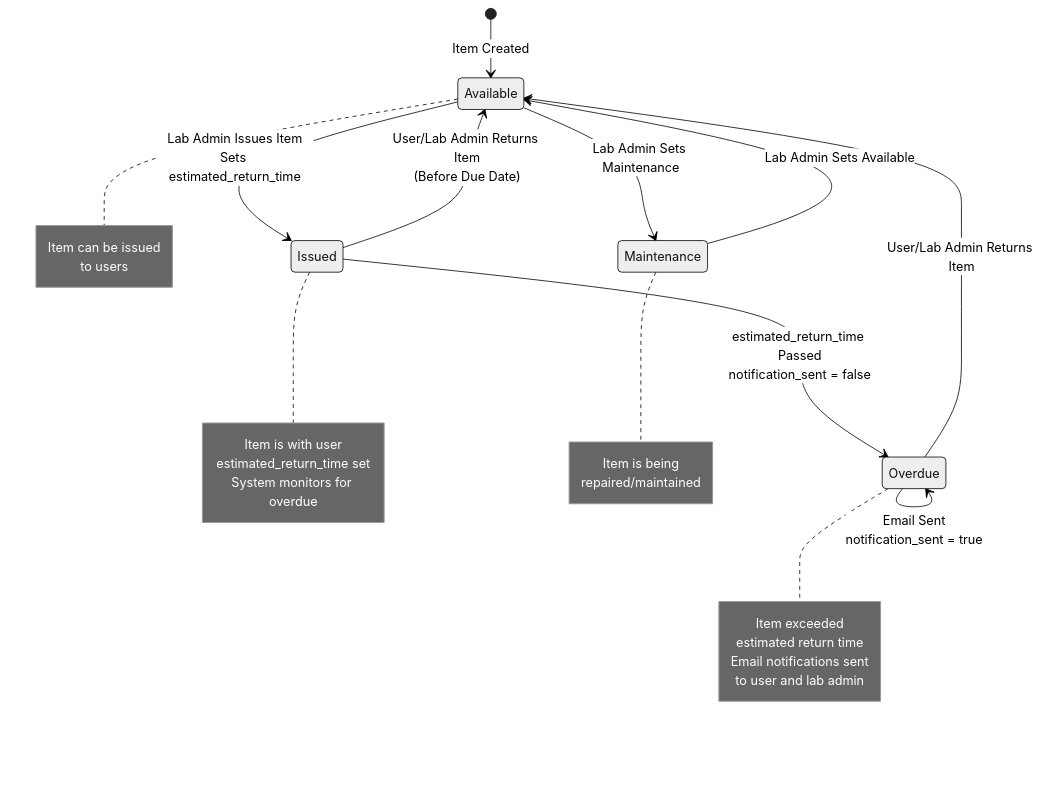
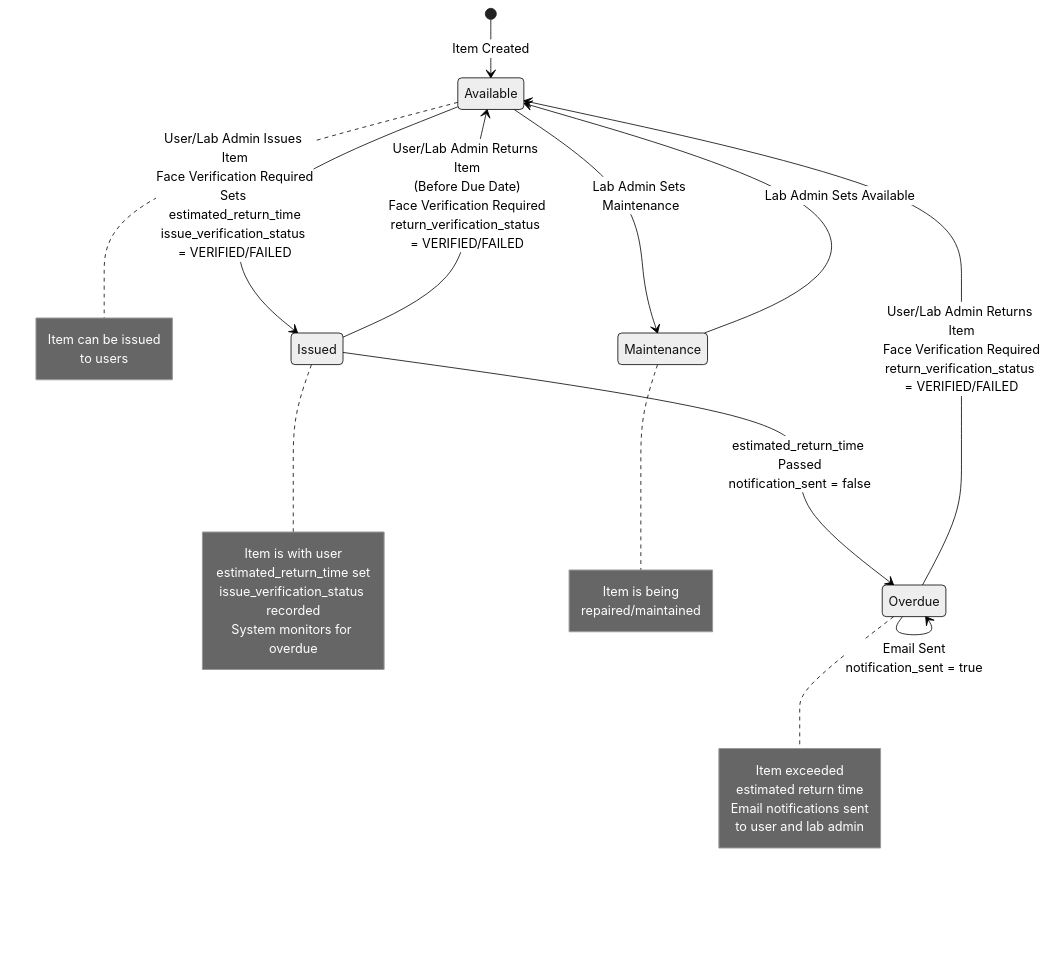
Diagram 16 of 18 in docs/DIAGRAMS.md (bejoy-jbt/Laboratory-Items-Issue-Management-System-), drawn with Mermaid (neutral theme) before and after one commit. The commit also changed other lines of this file and 65 other files, not shown here.

````diff
--- a/docs/DIAGRAMS.md
+++ b/docs/DIAGRAMS.md
@@ -720,35 +867,36 @@
 ```mermaid
 stateDiagram-v2
     [*] --> Available: Item Created
     
-    Available --> Issued: Lab Admin Issues Item<br/>Sets estimated_return_time
+    Available --> Issued: User/Lab Admin Issues Item<br/>Face Verification Required<br/>Sets estimated_return_time<br/>issue_verification_status = VERIFIED/FAILED
     Issued --> Overdue: estimated_return_time Passed<br/>notification_sent = false
     Overdue --> Overdue: Email Sent<br/>notification_sent = true
-    Overdue --> Available: User/Lab Admin Returns Item
-    Issued --> Available: User/Lab Admin Returns Item<br/>(Before Due Date)
+    Overdue --> Available: User/Lab Admin Returns Item<br/>Face Verification Required<br/>return_verification_status = VERIFIED/FAILED
+    Issued --> Available: User/Lab Admin Returns Item<br/>(Before Due Date)<br/>Face Verification Required<br/>return_verification_status = VERIFIED/FAILED
     Available --> Maintenance: Lab Admin Sets Maintenance
     Maintenance --> Available: Lab Admin Sets Available
     
     note right of Available
         Item can be issued
         to users
     end note
     
     note right of Issued
         Item is with user
         estimated_return_time set
+        issue_verification_status recorded
         System monitors for overdue
     end note
     
     note right of Overdue
         Item exceeded
         estimated return time
         Email notifications sent
         to user and lab admin
     end note
     
     note right of Maintenance
         Item is being
         repaired/maintained
     end note
 ```
````
